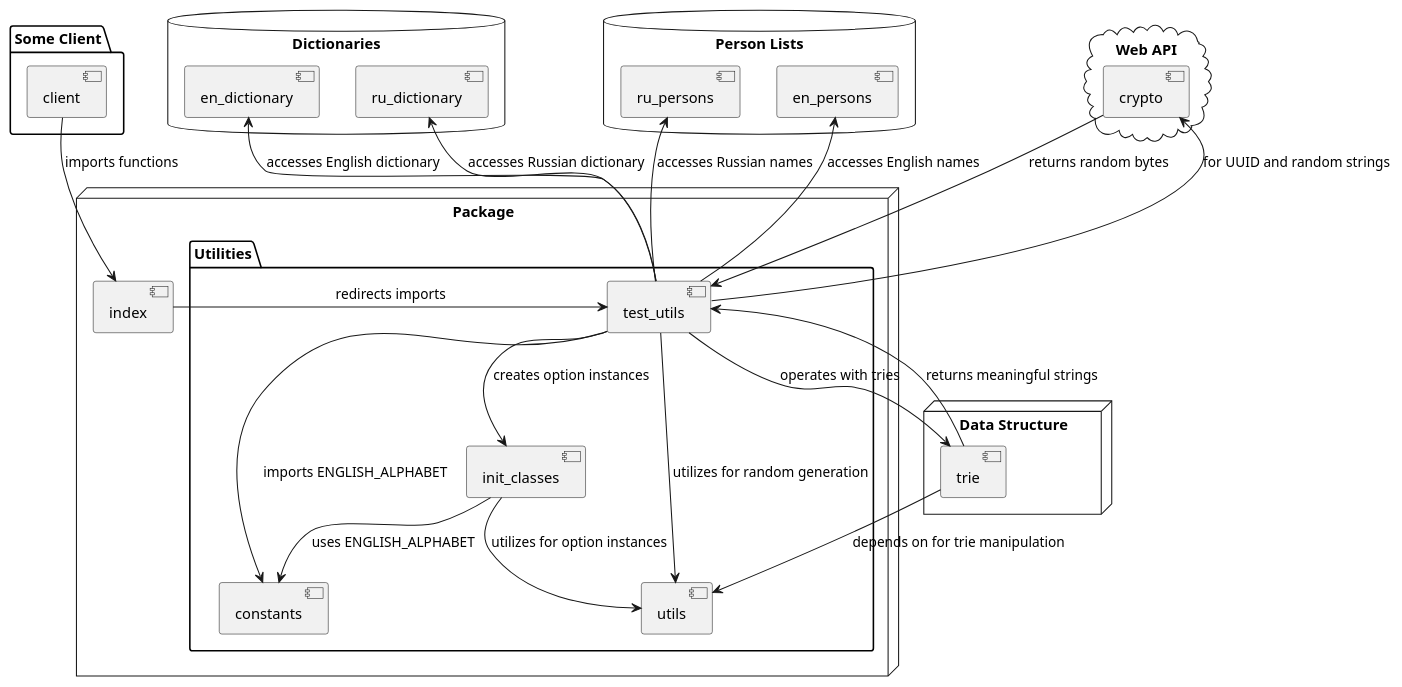
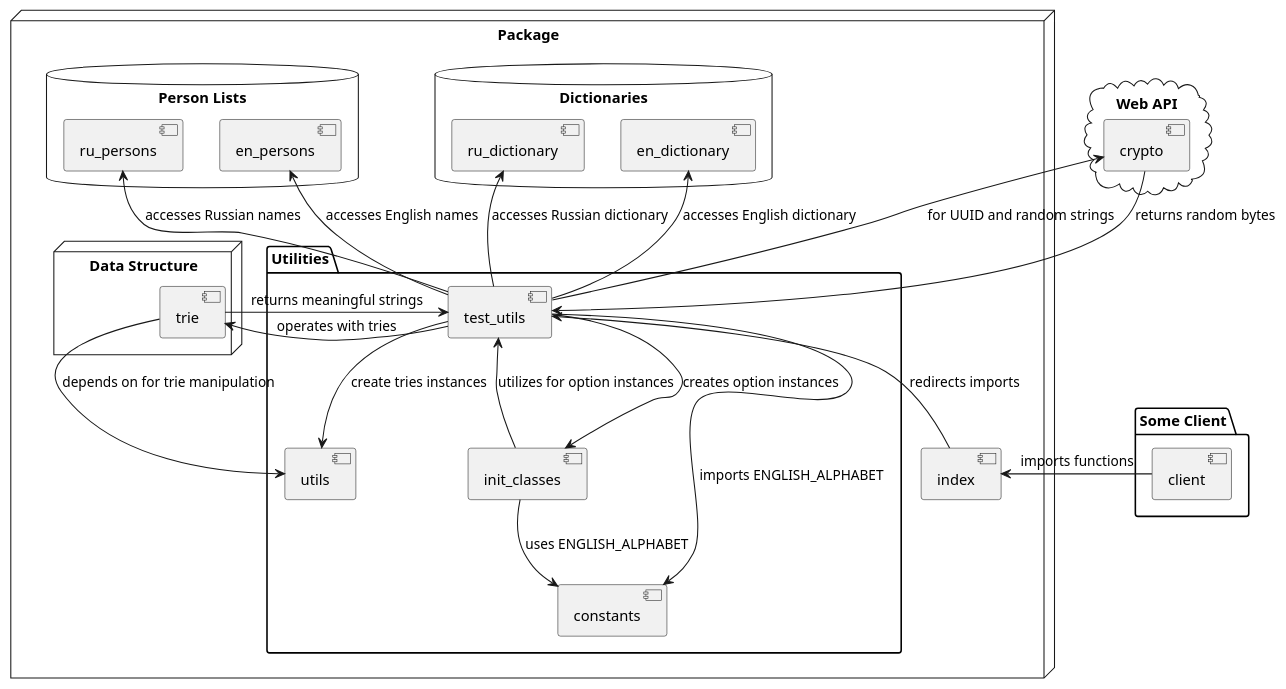
Before and after one commit to Lixonik/diploma: the diagram in puml_api/modules_interaction.puml, drawn with PlantUML.

Commit message:
modules_interaction.puml

```diff
--- a/puml_api/modules_interaction.puml
+++ b/puml_api/modules_interaction.puml
@@ -1,62 +1,56 @@
 @startuml
 package "Some Client" {
   [client]
 }
 
 node "Package" {
   [index]
   package "Utilities" {
     [test_utils]
     [init_classes]
     [utils]
     [constants]
   }
+  database "Dictionaries" {
+    [en_dictionary]
+    [ru_dictionary]
+  }
+
+  database "Person Lists" {
+    [en_persons]
+    [ru_persons]
+  }
+
+  node "Data Structure" {
+    [trie]
+  }
 }
 
-database "Dictionaries" {
-  [en_dictionary]
-  [ru_dictionary]
-}
-
-database "Person Lists" {
-  [en_persons]
-  [ru_persons]
-}
-
-node "Data Structure" {
-  [trie]
-}
 
 cloud "Web API" {
   [crypto]
 }
 
-client --> index : imports functions
-index -r-> test_utils : redirects imports
+client -l-> index : imports functions
+index -u-> test_utils : redirects imports
 
 test_utils --> constants : imports ENGLISH_ALPHABET
-test_utils --> trie : operates with tries
+test_utils -l-> trie : operates with tries
 test_utils -u-> crypto : for UUID and random strings
 
 test_utils --> init_classes : creates option instances
-test_utils --> utils : utilizes for random generation
+test_utils --> utils : create tries instances
 test_utils -u-> en_persons : accesses English names
 test_utils -u-> ru_persons : accesses Russian names
 
 test_utils -u-> en_dictionary : accesses English dictionary
 test_utils -u-> ru_dictionary : accesses Russian dictionary
 
 crypto --> test_utils : returns random bytes
 
 init_classes --> constants : uses ENGLISH_ALPHABET
-init_classes --> utils : utilizes for option instances
+init_classes -l-> test_utils : utilizes for option instances
 
-trie --> utils : depends on for trie manipulation
+trie -u-> utils : depends on for trie manipulation
 trie --> test_utils : returns meaningful strings
-
-'note over trie, test_utils
-'    Trie usage for generating
-'    meaningful strings is a key part
-'    of the utils module's functionality.
-'end note
 @enduml
```
